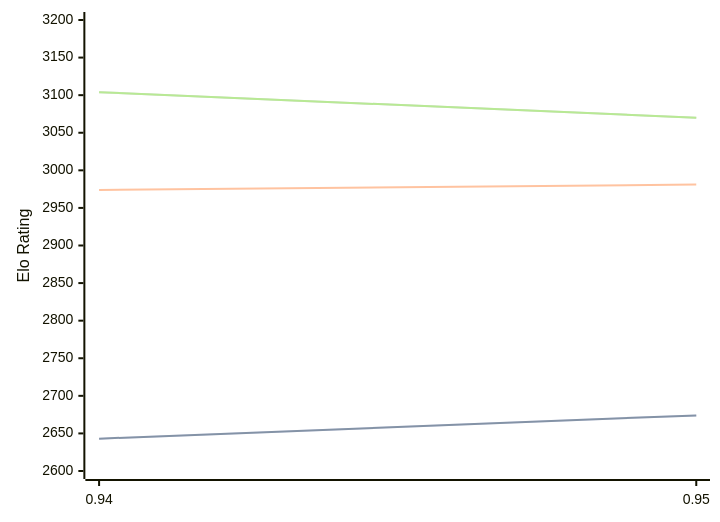
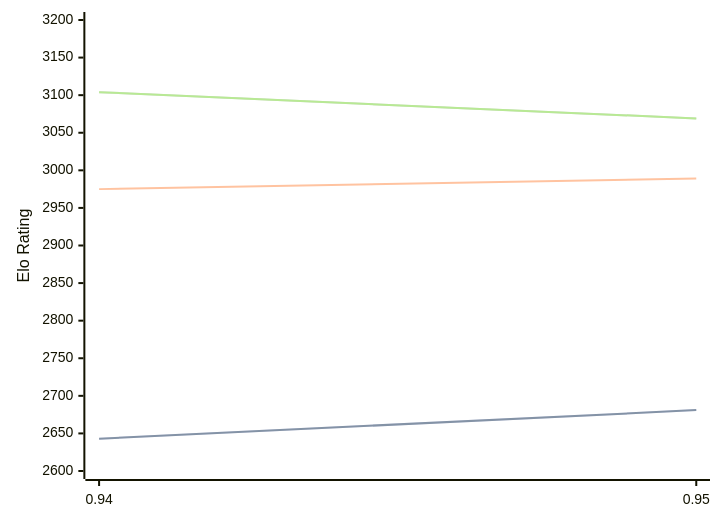
Before and after one commit to computer-chess-index/cci: the diagram in engines/Myrddin.md, drawn with Mermaid. The commit also changed other lines of this file, not shown here.

Commit message:
Update CCI Ratings (ELO VLTC) - 2026-05-03

````diff
--- a/engines/Myrddin.md
+++ b/engines/Myrddin.md
@@ -37,11 +37,11 @@
 ```mermaid
 %%{init: {"theme":"base","themeVariables":{"seriesColors:['#a3a3a3','#222221','#faa371']}}}%%
 xychart-beta
   x-axis ["0.94", "0.95"]
   y-axis "Elo Rating" 2600 --> 3200
-  line "STC (8.0+0.08s)" [2643, 2674]
-  line "STC (8.0+0.08s)" [2643, 2674]
-  line "LTC (60.0+0.60s)" [2974, 2981]
-  line "VLTC (2m24s+1.12s)" [3104, 3070]
-  line "VLTC (2m24s+1.12s)" [3104, 3070]
+  line "STC (8.0+0.08s)" [2643, 2681]
+  line "STC (8.0+0.08s)" [2643, 2681]
+  line "LTC (60.0+0.60s)" [2975, 2989]
+  line "VLTC (2m24s+1.12s)" [3104, 3069]
+  line "VLTC (2m24s+1.12s)" [3104, 3069]
 ```
````
